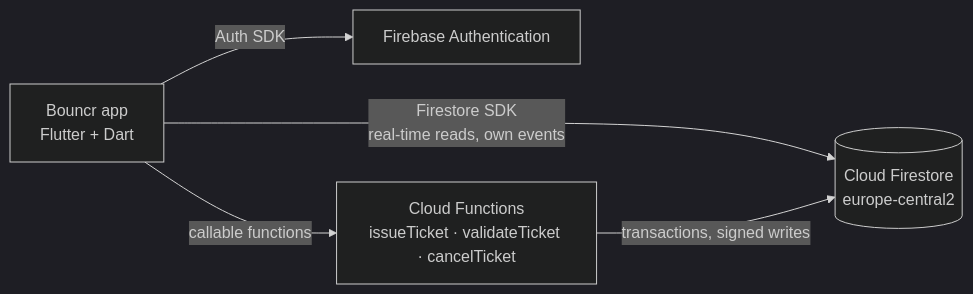
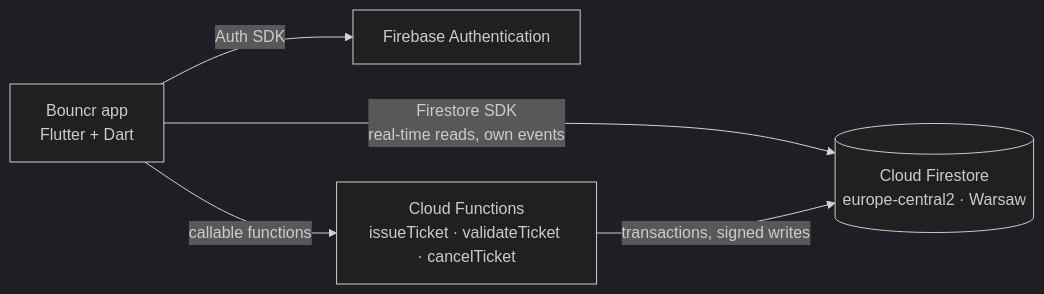
The second of 2 diagrams in README.md (Emad-Abouelsaad/bouncr), drawn with Mermaid (dark theme) before and after one commit. The commit also changed other lines of this file and 32 other files, not shown here.

````diff
--- a/README.md
+++ b/README.md
@@ -45,7 +76,7 @@
 ```mermaid
 flowchart LR
   A[Bouncr app<br/>Flutter + Dart] -->|Auth SDK| B[Firebase Authentication]
-  A -->|Firestore SDK<br/>real-time reads, own events| C[(Cloud Firestore<br/>europe-central2)]
+  A -->|Firestore SDK<br/>real-time reads, own events| C[(Cloud Firestore<br/>europe-central2 · Warsaw)]
   A -->|callable functions| D[Cloud Functions<br/>issueTicket · validateTicket · cancelTicket]
   D -->|transactions, signed writes| C
 ```
````
